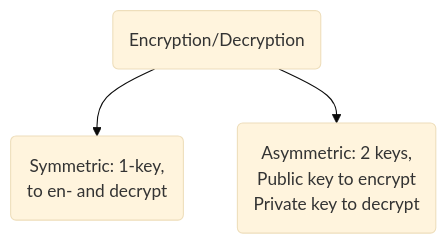
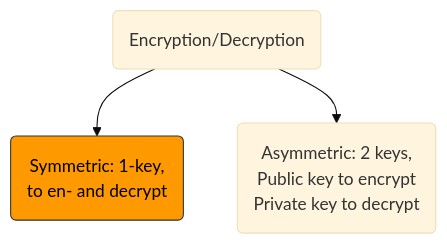
One commit to timdams/cyberboswachters_boek changed the first of 4 diagrams in cyberboswachters/slides/crypto_basics.qmd. Above: the diagram before and after it, drawn with Mermaid. The commit also changed other lines of this file and 6 other files, not shown here.

````diff
--- a/cyberboswachters/slides/crypto_basics.qmd
+++ b/cyberboswachters/slides/crypto_basics.qmd
@@ -298,6 +298,8 @@
 ```{mermaid}
 %%{init: {"theme": "base", "flowchart": {"useMaxWidth": true}} }%%
 graph TD
     A("Encryption/Decryption") --> B("Symmetric: 1-key,<br/>to en- and decrypt")
     A --> C("Asymmetric: 2 keys,<br/>Public key to encrypt<br/>Private key to decrypt")
+
+    style B fill:#ff9900,stroke:#333,color:#000
 ```
````
